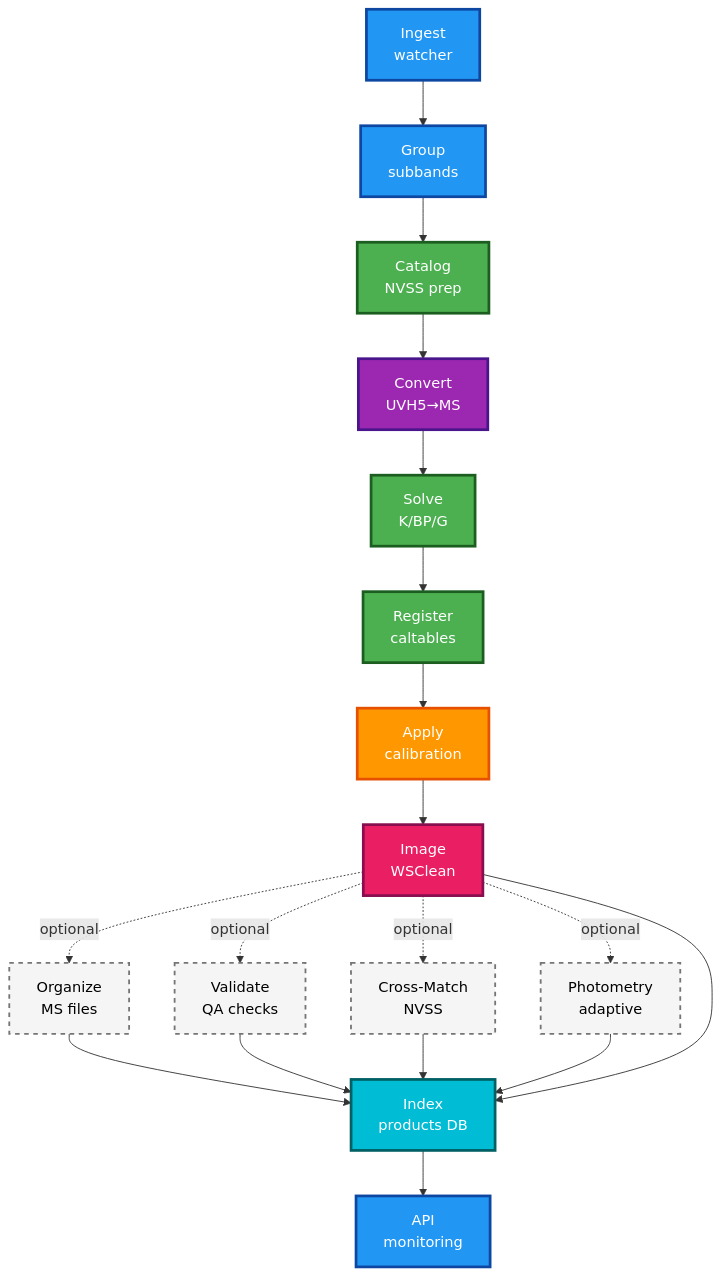
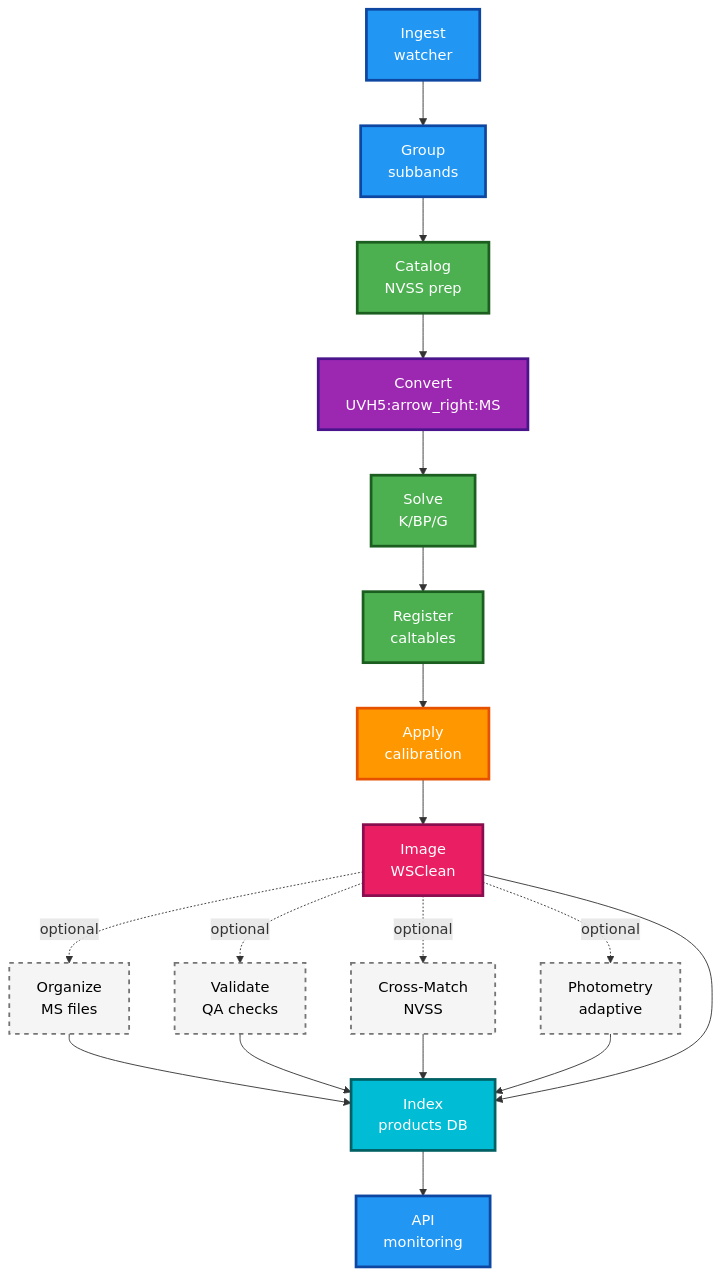
The first of 4 diagrams in docs/architecture/pipeline/pipeline_overview.md (dsa110/dsa110-contimg), drawn with Mermaid before and after one commit. The commit also changed other lines of this file and 234 other files, not shown here.

````diff
--- a/docs/architecture/pipeline/pipeline_overview.md
+++ b/docs/architecture/pipeline/pipeline_overview.md
@@ -12,38 +12,38 @@
 ```mermaid
 flowchart TB
   Ingest["Ingest<br/>watcher"] --> Group["Group<br/>subbands"]
   Group --> Catalog["Catalog<br/>NVSS prep"]
-  Catalog --> Convert["Convert<br/>UVH5→MS"]
+  Catalog --> Convert["Convert<br/>UVH5:arrow_right:MS"]
   Convert --> CalSolve["Solve<br/>K/BP/G"]
   CalSolve --> Reg["Register<br/>caltables"]
   Reg --> Apply["Apply<br/>calibration"]
   Apply --> Image["Image<br/>WSClean"]
   Image -.->|optional| Organize["Organize<br/>MS files"]
   Image -.->|optional| Validate["Validate<br/>QA checks"]
   Image -.->|optional| CrossMatch["Cross-Match<br/>NVSS"]
   Image -.->|optional| Photometry["Photometry<br/>adaptive"]
   Organize --> Index
   Validate --> Index
   CrossMatch --> Index
   Photometry --> Index
   Image --> Index
   Index["Index<br/>products DB"] --> API["API<br/>monitoring"]
 
   %% Core path - vibrant colors, thick strokes, white text
   style Ingest fill:#2196F3,stroke:#0D47A1,stroke-width:3px,color:#FFF
   style Group fill:#2196F3,stroke:#0D47A1,stroke-width:3px,color:#FFF
   style Catalog fill:#4CAF50,stroke:#1B5E20,stroke-width:3px,color:#FFF
   style Convert fill:#9C27B0,stroke:#4A148C,stroke-width:3px,color:#FFF
   style CalSolve fill:#4CAF50,stroke:#1B5E20,stroke-width:3px,color:#FFF
   style Reg fill:#4CAF50,stroke:#1B5E20,stroke-width:3px,color:#FFF
   style Apply fill:#FF9800,stroke:#E65100,stroke-width:3px,color:#FFF
   style Image fill:#E91E63,stroke:#880E4F,stroke-width:3px,color:#FFF
   style Index fill:#00BCD4,stroke:#006064,stroke-width:3px,color:#FFF
   style API fill:#2196F3,stroke:#0D47A1,stroke-width:3px,color:#FFF
 
   %% Optional path - lighter colors, dashed borders
   style Organize fill:#F5F5F5,stroke:#757575,stroke-width:2px,stroke-dasharray: 5 5,color:#000
   style Validate fill:#F5F5F5,stroke:#757575,stroke-width:2px,stroke-dasharray: 5 5,color:#000
   style CrossMatch fill:#F5F5F5,stroke:#757575,stroke-width:2px,stroke-dasharray: 5 5,color:#000
   style Photometry fill:#F5F5F5,stroke:#757575,stroke-width:2px,stroke-dasharray: 5 5,color:#000
 ```
````
